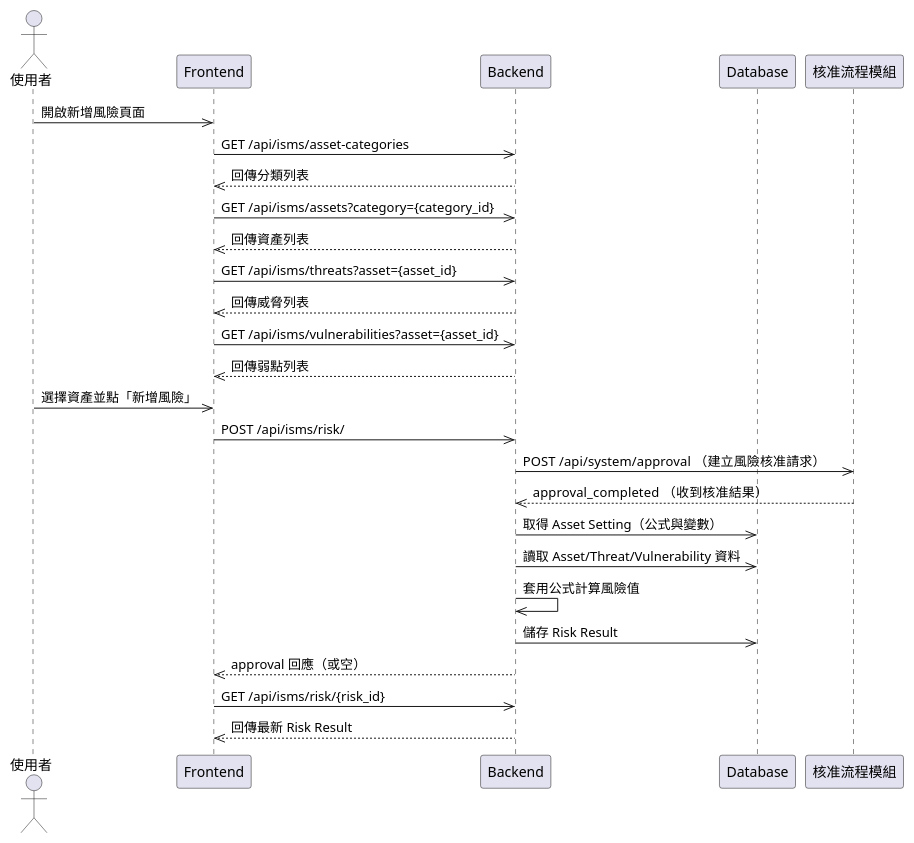
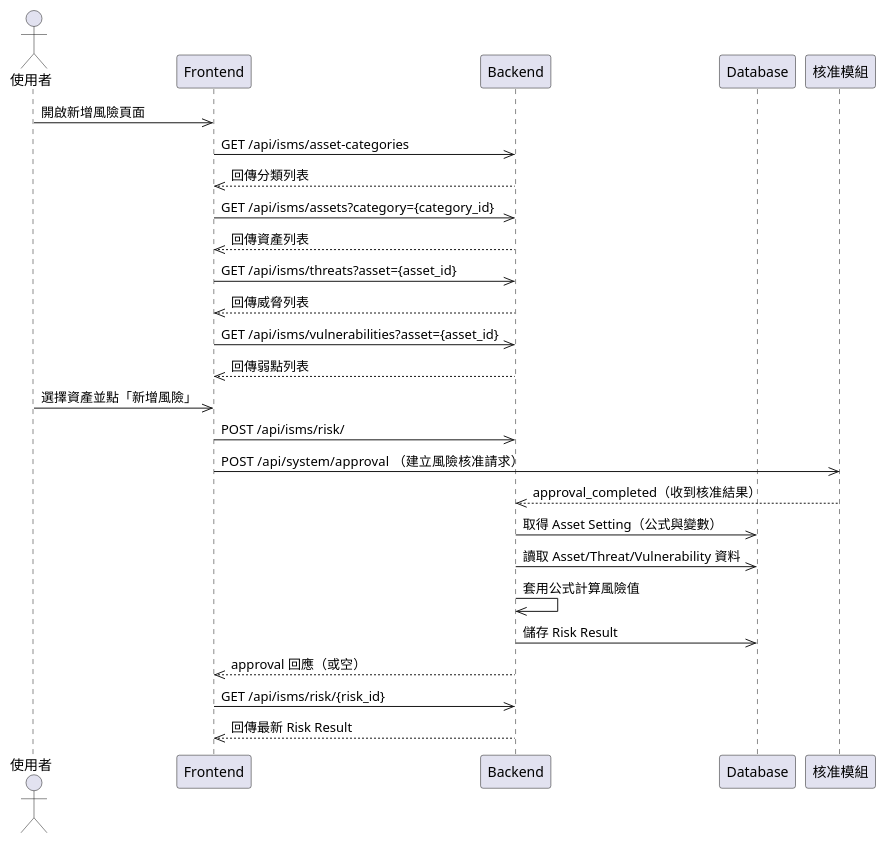
Before and after one commit to walle45611/NTUB_SecuManag_Diagram: the diagram in plantUML/sequence/risk_evaluation.puml, drawn with PlantUML. The commit also changed 13 other files, not shown here.

Commit message:
(modify): 調整各個圖格式，調整路徑，新增一些圖 (#21)

```diff
--- a/plantUML/sequence/risk_evaluation.puml
+++ b/plantUML/sequence/risk_evaluation.puml
@@ -1,28 +1,28 @@
 @startuml
 actor User as "使用者"
 participant Frontend
 participant Backend
 participant Database
-participant Approval as "核准流程模組"
+participant Approval as "核准模組"
 
 User ->> Frontend: 開啟新增風險頁面
 Frontend ->> Backend: GET /api/isms/asset-categories
 Backend -->> Frontend: 回傳分類列表
 Frontend ->> Backend: GET /api/isms/assets?category={category_id}
 Backend -->> Frontend: 回傳資產列表
 Frontend ->> Backend: GET /api/isms/threats?asset={asset_id}
 Backend -->> Frontend: 回傳威脅列表
 Frontend ->> Backend: GET /api/isms/vulnerabilities?asset={asset_id}
 Backend -->> Frontend: 回傳弱點列表
 User ->> Frontend: 選擇資產並點「新增風險」
 Frontend ->> Backend: POST /api/isms/risk/
-Backend ->> Approval: POST /api/system/approval  （建立風險核准請求）
-Approval -->> Backend: approval_completed  （收到核准結果）
+Frontend ->> Approval: POST /api/system/approval  （建立風險核准請求）
+Approval -->> Backend: approval_completed（收到核准結果）
 Backend ->> Database: 取得 Asset Setting（公式與變數）
 Backend ->> Database: 讀取 Asset/Threat/Vulnerability 資料
 Backend ->> Backend: 套用公式計算風險值
 Backend ->> Database: 儲存 Risk Result
 Backend -->> Frontend: approval 回應（或空）
 Frontend ->> Backend: GET /api/isms/risk/{risk_id}
 Backend -->> Frontend: 回傳最新 Risk Result
 @enduml
```
